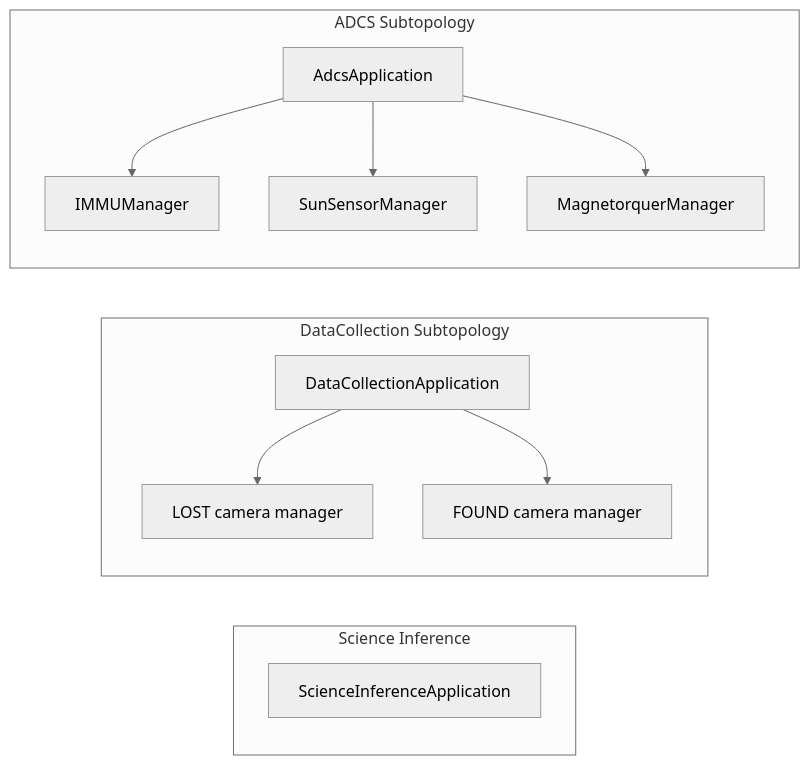
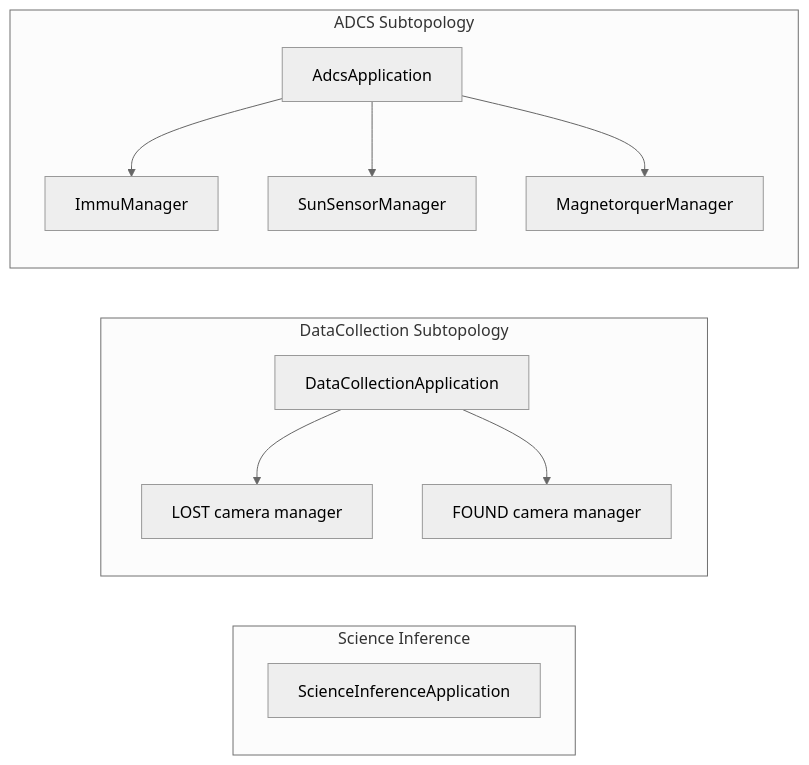
The first of 4 diagrams in docs/Reference/Introduction/SubtopologyDecomposition.qmd (UWCubeSat/hs2-software-design), drawn with Mermaid (neutral theme) before and after one commit. The commit also changed 20 other files, not shown here.

````diff
--- a/docs/Reference/Introduction/SubtopologyDecomposition.qmd
+++ b/docs/Reference/Introduction/SubtopologyDecomposition.qmd
@@ -7,30 +7,30 @@
 ```{mermaid}
 flowchart TB
     subgraph ADCS["ADCS Subtopology"]
         direction TB
         AdcsApp["AdcsApplication"]
-        Immu["IMMUManager"]
+        Immu["ImmuManager"]
         SunSensor["SunSensorManager"]
         Mtq["MagnetorquerManager"]
         AdcsApp --> Immu
         AdcsApp --> SunSensor
         AdcsApp --> Mtq
     end
 
     subgraph DC["DataCollection Subtopology"]
         direction TB
         DCApp["DataCollectionApplication"]
         Cam1["LOST camera manager"]
         Cam2["FOUND camera manager"]
         DCApp --> Cam1
         DCApp --> Cam2
     end
 
     subgraph SI["Science Inference"]
         direction TB
         SIApp["ScienceInferenceApplication"]
     end
 
     ADCS ~~~ DC
     DC ~~~ SI
 ```
````
